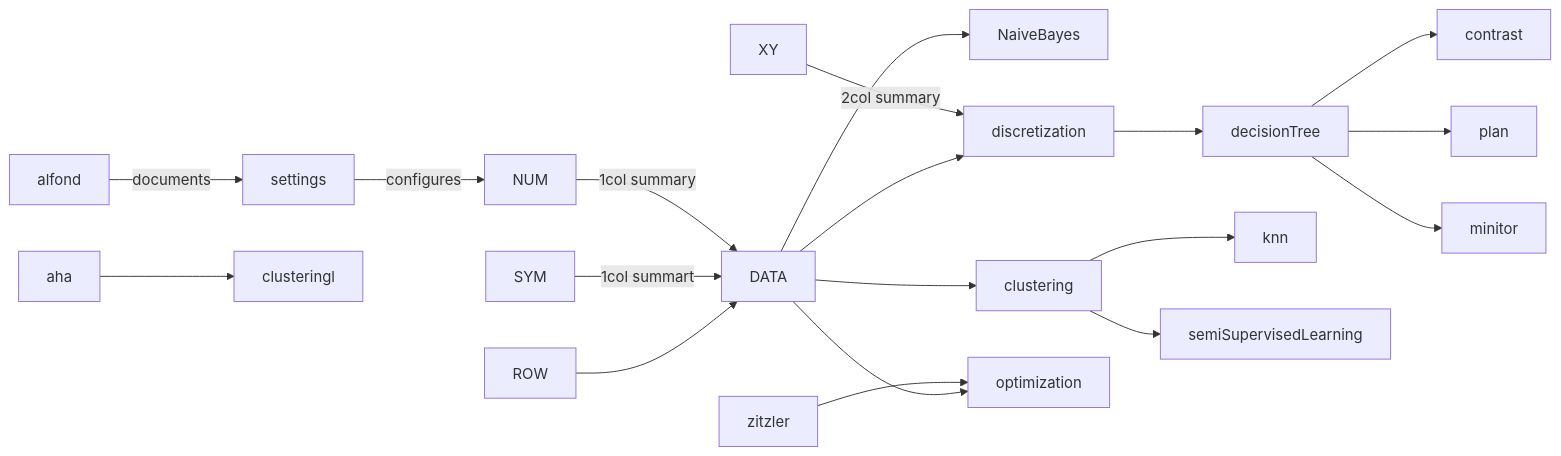
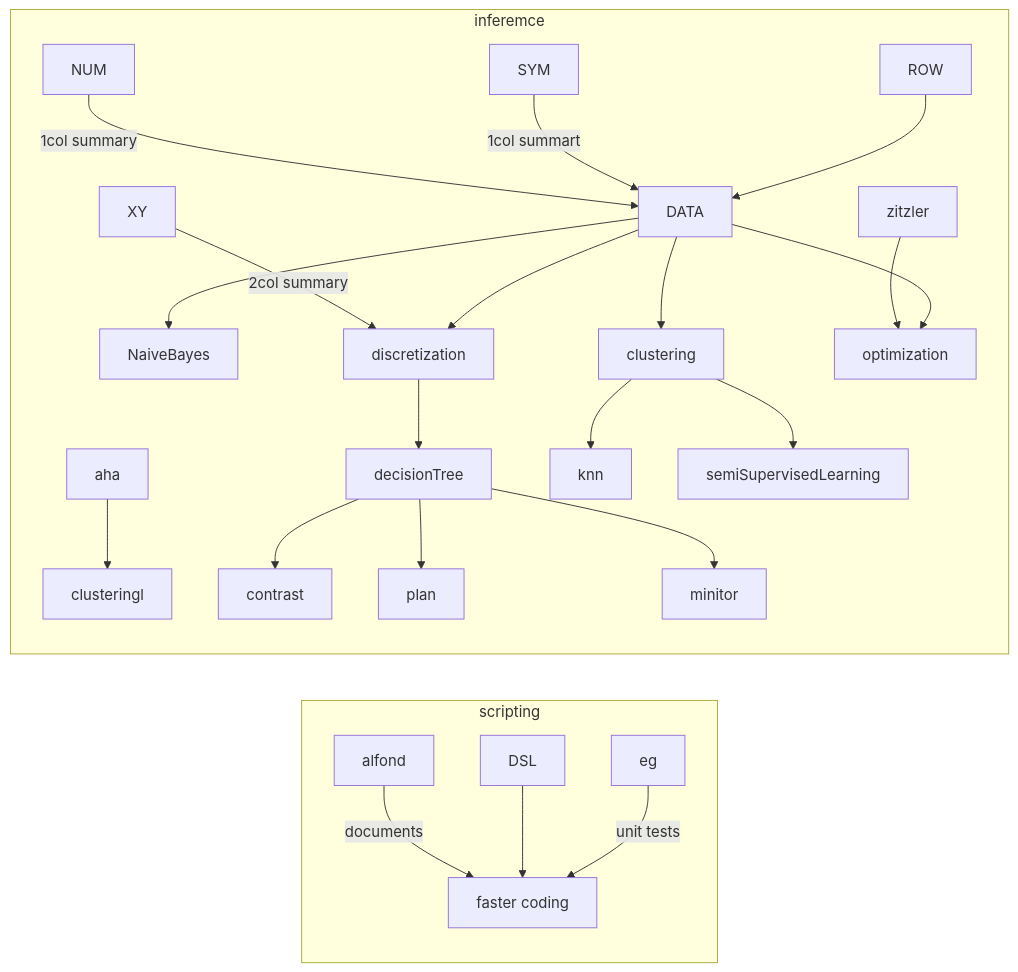
One commit to timm/tested changed the diagram in README.md. Above: the diagram before and after it, drawn with Mermaid.

````diff
--- a/README.md
+++ b/README.md
@@ -24,19 +24,26 @@
 ```mermaid
 graph LR;
-    alfond-- documents --> 
-    settings-- configures -->
-    NUM-- 1col summary -->DATA-->NaiveBayes;
-   SYM -- 1col summart -->DATA;
-    XY -- 2col summary -->discretization -->decisionTree
-    ROW-->DATA;
-    DATA-->clustering;
-    aha-->clusteringl
-    clustering-->knn;
-    clustering-->semiSupervisedLearning;
-    zitzler-->optimization;
-    DATA-->optimization;
-    DATA-->discretization 
-    decisionTree-->contrast;
-    decisionTree-->plan;
-    decisionTree-->minitor;
+    subgraph scripting
+       C[faster coding];
+       alfond-- documents --> C;
+       DSL-->C;
+       eg-- unit tests -->C;
+    end
+
+    subgraph inferemce
+	    NUM-- 1col summary -->DATA-->NaiveBayes;
+	   SYM -- 1col summart -->DATA;
+	    XY -- 2col summary -->discretization -->decisionTree
+	    ROW-->DATA;
+	    DATA-->clustering;
+	    aha-->clusteringl
+	    clustering-->knn;
+	    clustering-->semiSupervisedLearning;
+	    zitzler-->optimization;
+	    DATA-->optimization;
+	    DATA-->discretization 
+	    decisionTree-->contrast;
+	    decisionTree-->plan;
+	    decisionTree-->minitor;
+    end
 ```
````
